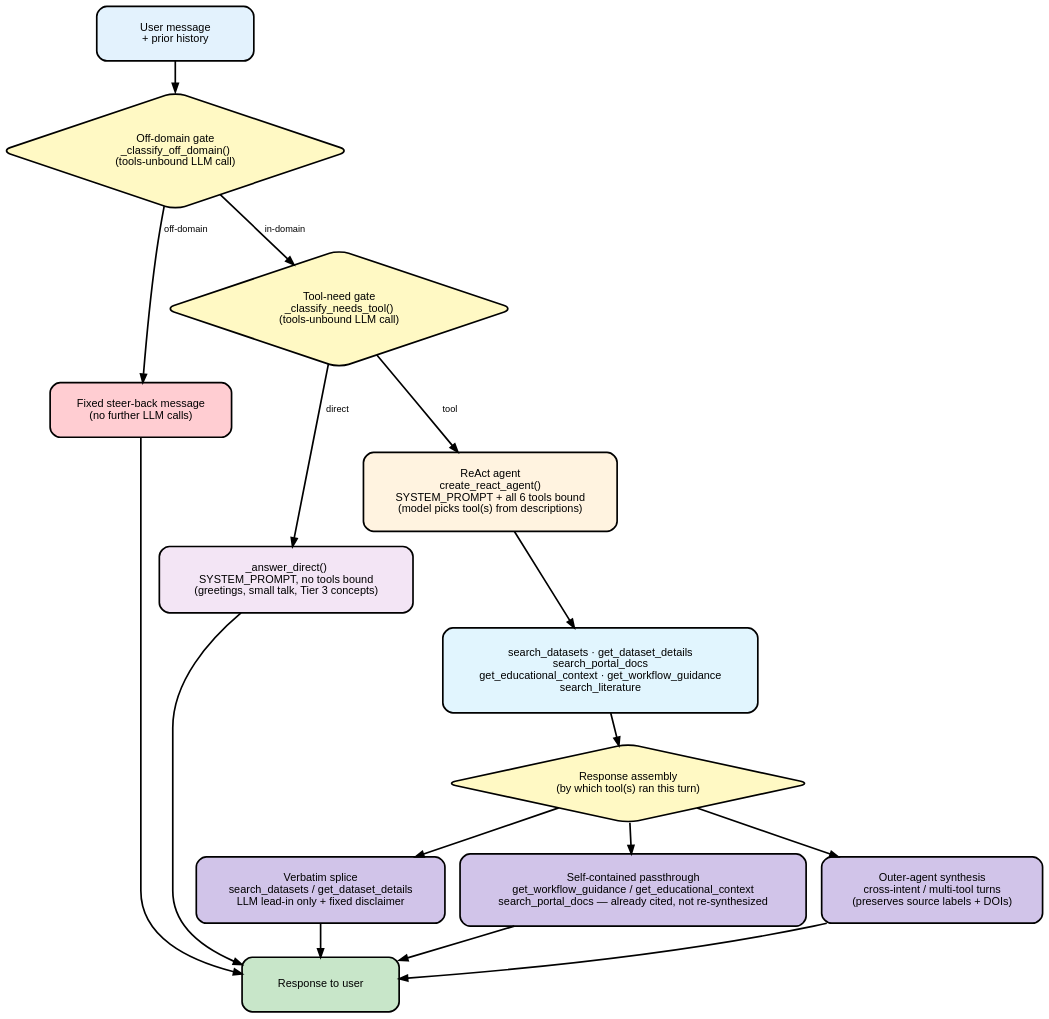
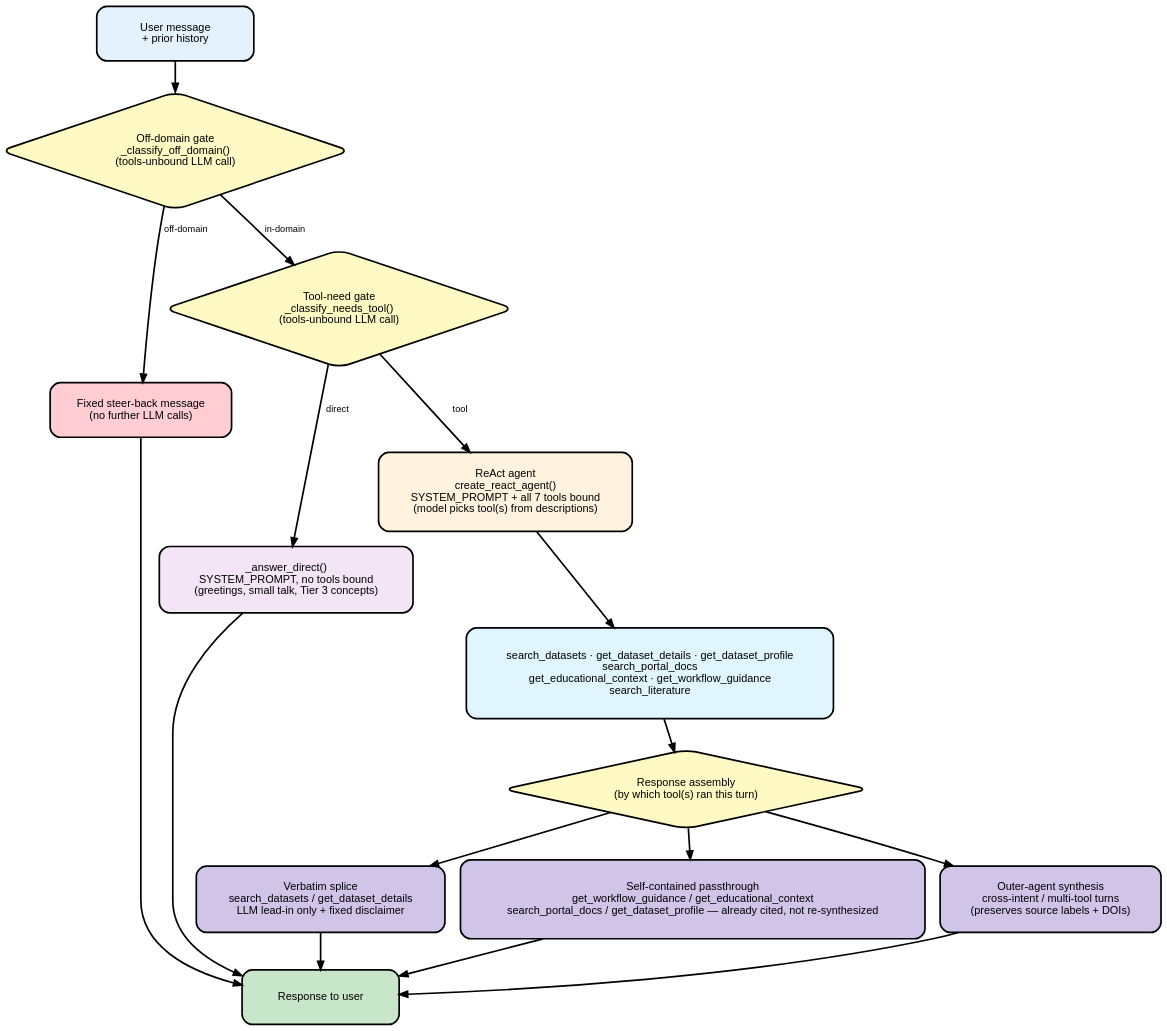
One commit to digital-porous-media/dpm_rocco_curator changed the fourth of 4 diagrams in docs/developer_guide/architecture.rst. Above: the diagram before and after it, drawn with Graphviz. The commit also changed other lines of this file and 15 other files, not shown here.

Commit message:
Prototyping dataset details feature, added capability for query follow up asking details about a certain dataset. WIP - UX/semantics, missing DOI issues, dataset comparisons, description language

```diff
--- a/docs/developer_guide/architecture.rst
+++ b/docs/developer_guide/architecture.rst
@@ -674,13 +674,13 @@
        ];
 
        REACT [
-           label="ReAct agent\ncreate_react_agent()\nSYSTEM_PROMPT + all 6 tools bound\n(model picks tool(s) from descriptions)",
+           label="ReAct agent\ncreate_react_agent()\nSYSTEM_PROMPT + all 7 tools bound\n(model picks tool(s) from descriptions)",
            fillcolor="#fff3e0", width=3.4, height=1.3
        ];
 
        TOOLS [
-           label="search_datasets · get_dataset_details\nsearch_portal_docs\nget_educational_context · get_workflow_guidance\nsearch_literature",
-           fillcolor="#e1f5fe", width=3.6, height=1.4
+           label="search_datasets · get_dataset_details · get_dataset_profile\nsearch_portal_docs\nget_educational_context · get_workflow_guidance\nsearch_literature",
+           fillcolor="#e1f5fe", width=3.8, height=1.5
        ];
 
        ASSEMBLE [
@@ -694,8 +694,8 @@
        ];
 
        SELFCONTAINED [
-           label="Self-contained passthrough\nget_workflow_guidance / get_educational_context\nsearch_portal_docs — already cited, not re-synthesized",
-           fillcolor="#d1c4e9", width=3.4, height=1.2
+           label="Self-contained passthrough\nget_workflow_guidance / get_educational_context\nsearch_portal_docs / get_dataset_profile — already cited, not re-synthesized",
+           fillcolor="#d1c4e9", width=3.6, height=1.3
        ];
 
        SYNTHESIZE [
```
